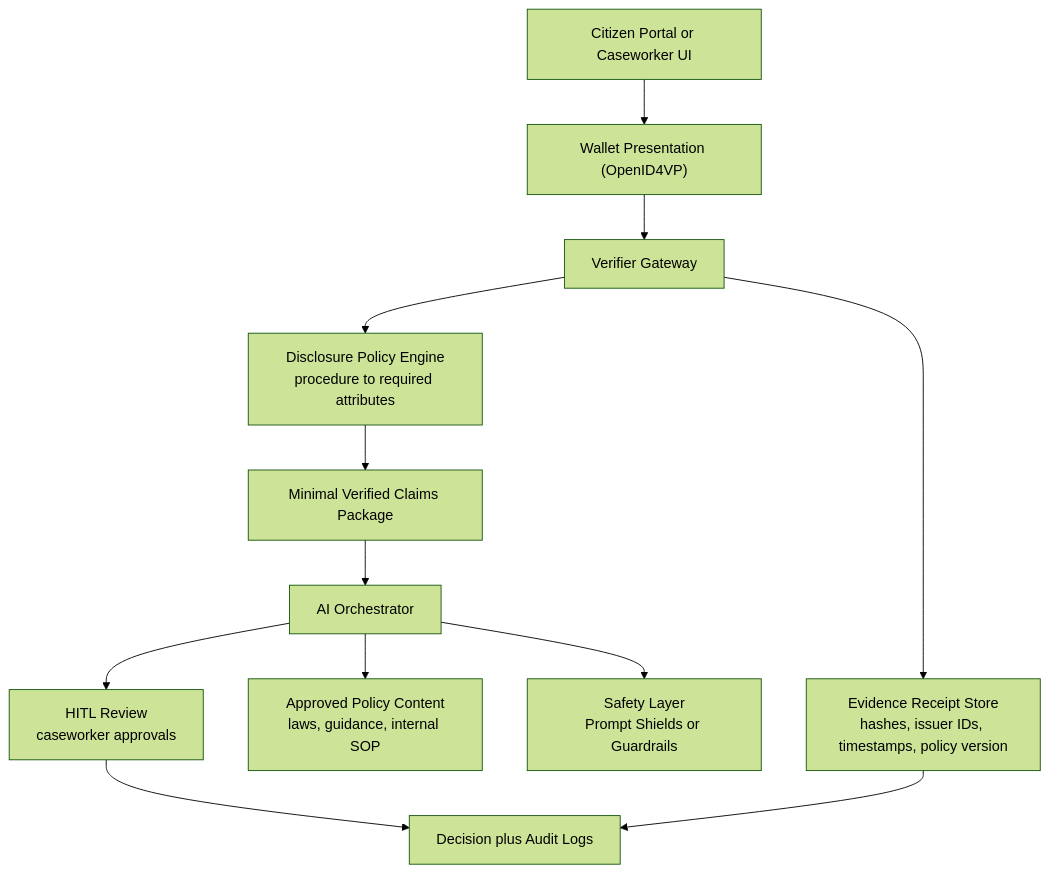
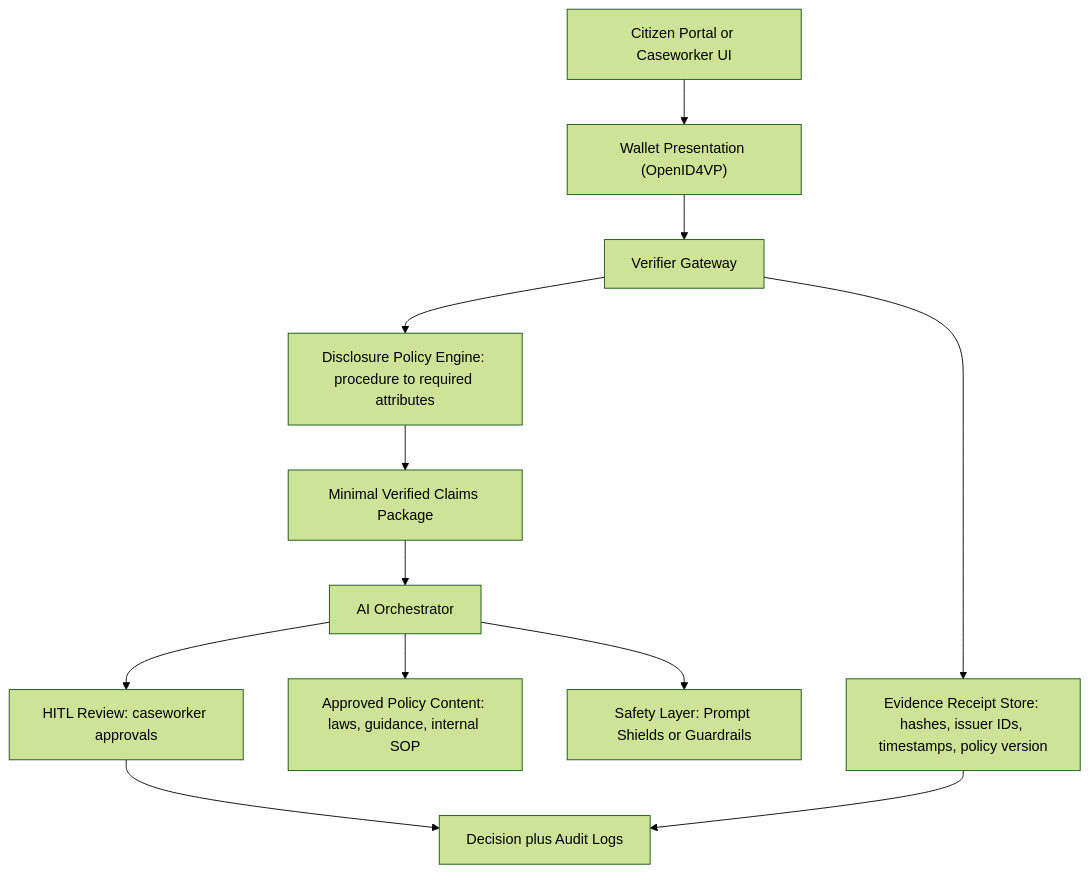
The second of 2 diagrams in docs/articles/crossborder.md (openwallet-foundation-labs/sd-jwt-dotnet), drawn with Mermaid (forest theme) before and after one commit. The commit also changed other lines of this file and 28 other files, not shown here.

````diff
--- a/docs/articles/crossborder.md
+++ b/docs/articles/crossborder.md
@@ -125,14 +125,14 @@
 ```mermaid
 flowchart TB
   UI["Citizen Portal or Caseworker UI"] --> VP["Wallet Presentation (OpenID4VP)"]
   VP --> Verifier["Verifier Gateway"]
-  Verifier --> Policy["Disclosure Policy Engine<br/>procedure to required attributes"]
-  Verifier --> Receipt["Evidence Receipt Store<br/>hashes, issuer IDs, timestamps, policy version"]
+  Verifier --> Policy["Disclosure Policy Engine: procedure to required attributes"]
+  Verifier --> Receipt["Evidence Receipt Store: hashes, issuer IDs, timestamps, policy version"]
   Policy --> Claims["Minimal Verified Claims Package"]
   Claims --> Orchestrator["AI Orchestrator"]
-  Orchestrator --> Content["Approved Policy Content<br/>laws, guidance, internal SOP"]
-  Orchestrator --> Safety["Safety Layer<br/>Prompt Shields or Guardrails"]
-  Orchestrator --> HITL["HITL Review<br/>caseworker approvals"]
+  Orchestrator --> Content["Approved Policy Content: laws, guidance, internal SOP"]
+  Orchestrator --> Safety["Safety Layer: Prompt Shields or Guardrails"]
+  Orchestrator --> HITL["HITL Review: caseworker approvals"]
   HITL --> Outcome["Decision plus Audit Logs"]
   Receipt --> Outcome
 ```
````
